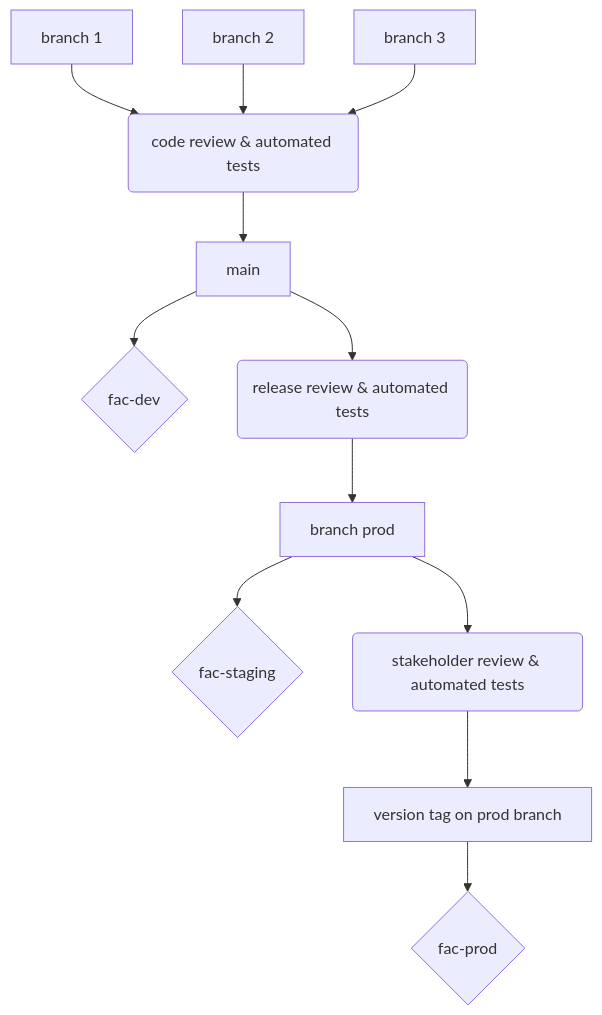
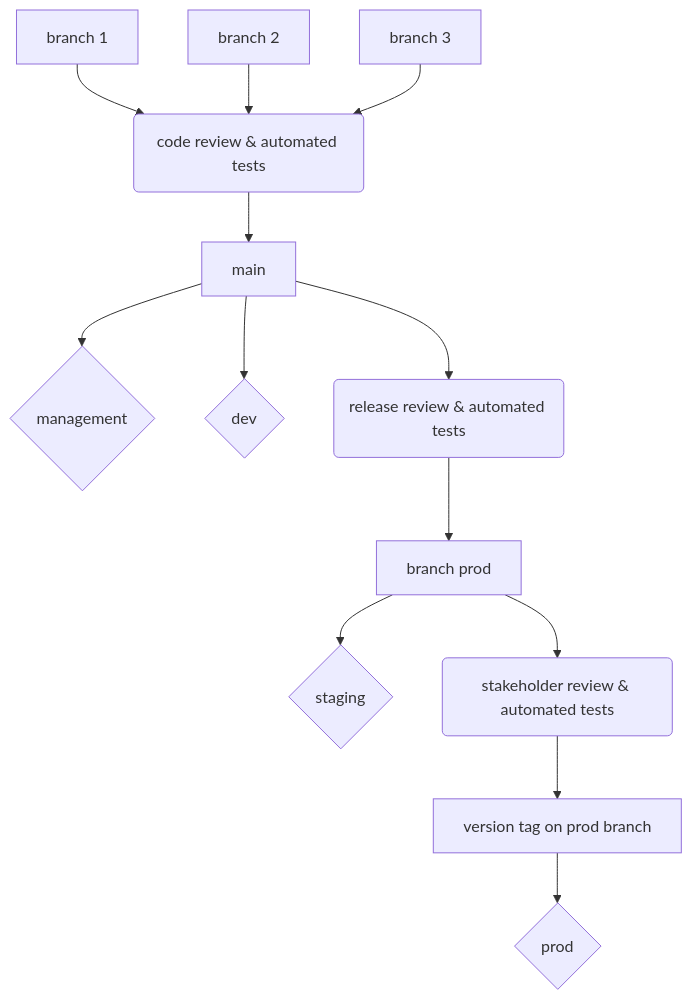
One commit to GSA-TTS/FAC changed the first of 3 diagrams in docs/branching.md. Above: the diagram before and after it, drawn with Mermaid. The commit also changed other lines of this file and 10 other files, not shown here.

````diff
--- a/docs/branching.md
+++ b/docs/branching.md
@@ -22,14 +25,15 @@
 ```mermaid
 graph TD
     A[branch 1] --> PA
     B[branch 2] --> PA
     C[branch 3] --> PA
     PA( code review & automated tests) --> BA[main]
-    BA --> EA{fac-dev}
+    BA --> CA{management}
+    BA --> EA{dev}
     BA --> PB(release review & automated tests)
     PB --> BB[branch prod]
-    BB --> EB{fac-staging}
+    BB --> EB{staging}
     BB --> PC(stakeholder review & automated tests)
     PC --> BC[version tag on prod branch]
-    BC --> EC{fac-prod}
+    BC --> EC{prod}
 ```
````
